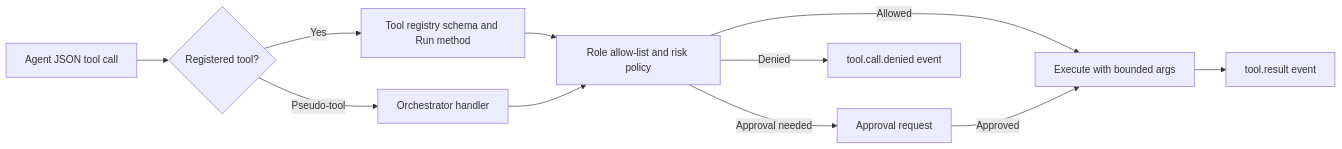
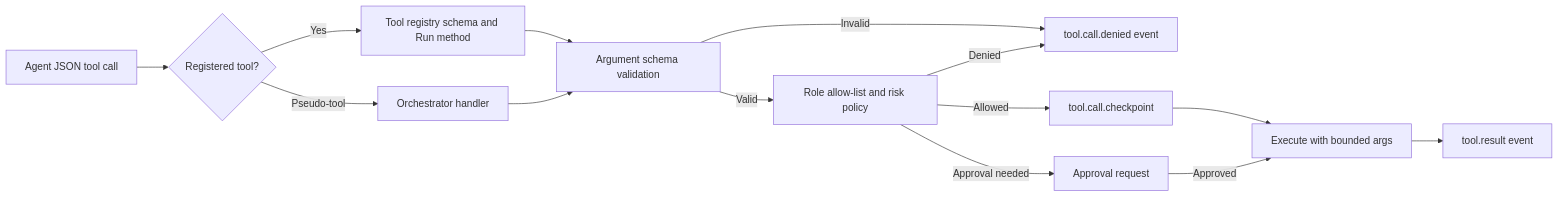
One commit to AndrewNeudegg/lab changed the diagram in docs/agent-tools.md. Above: the diagram before and after it, drawn with Mermaid. The commit also changed other lines of this file and 21 other files, not shown here.

````diff
--- a/docs/agent-tools.md
+++ b/docs/agent-tools.md
@@ -32,13 +32,16 @@
 ```mermaid
 flowchart LR
   A[Agent JSON tool call] --> B{Registered tool?}
   B -->|Yes| C[Tool registry schema and Run method]
   B -->|Pseudo-tool| D[Orchestrator handler]
-  C --> E[Role allow-list and risk policy]
+  C --> E[Argument schema validation]
   D --> E
-  E -->|Allowed| F[Execute with bounded args]
-  E -->|Approval needed| G[Approval request]
-  G -->|Approved| F
-  E -->|Denied| H[tool.call.denied event]
-  F --> I[tool.result event]
+  E -->|Invalid| H[tool.call.denied event]
+  E -->|Valid| F[Role allow-list and risk policy]
+  F -->|Allowed| K[tool.call.checkpoint]
+  K --> I[Execute with bounded args]
+  F -->|Approval needed| G[Approval request]
+  G -->|Approved| I
+  F -->|Denied| H
+  I --> J[tool.result event]
 ```
````
